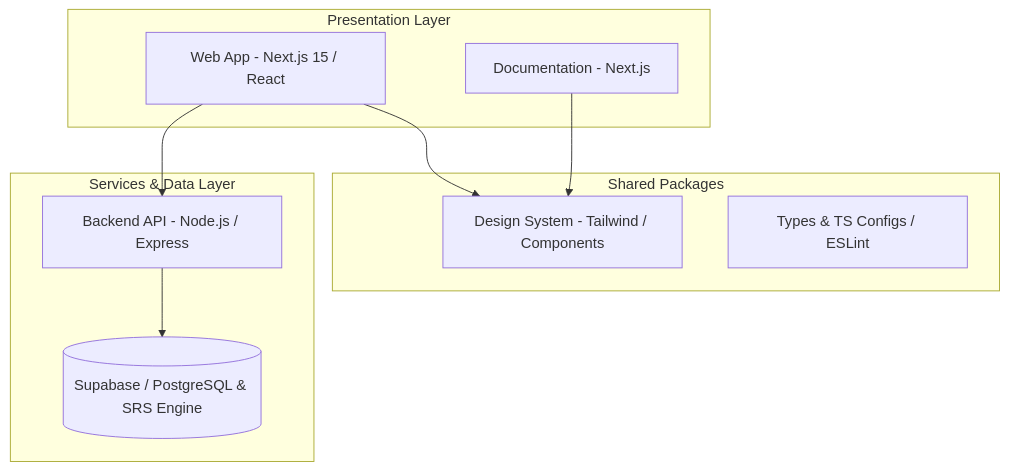
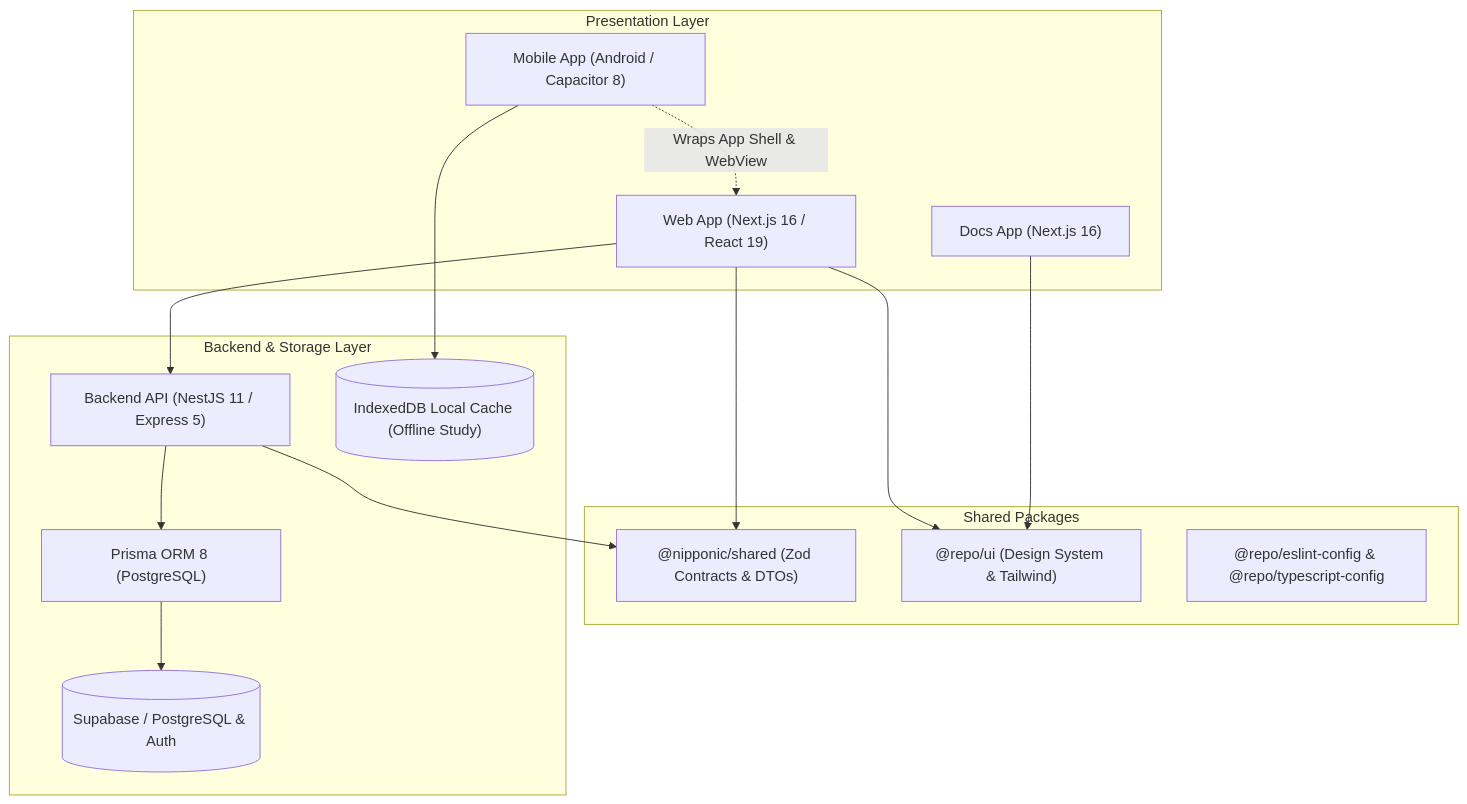
The first of 2 diagrams in README.md (WeltonSantosFr/nipponic), drawn with Mermaid before and after one commit. The commit also changed other lines of this file, not shown here.

Commit message:
docs: revise and rewrite README with Capacitor mobile support, offline features, and updated stack

````diff
--- a/README.md
+++ b/README.md
@@ -41,22 +89,31 @@
 ```mermaid
 graph TD
-    subgraph Client [Presentation Layer]
-        Web[Web App - Next.js 15 / React]
-        Docs[Documentation - Next.js]
+    subgraph Clients [Presentation Layer]
+        Web["Web App (Next.js 16 / React 19)"]
+        Mobile["Mobile App (Android / Capacitor 8)"]
+        Docs["Docs App (Next.js 16)"]
     end
 
     subgraph Core [Shared Packages]
-        UI[Design System - Tailwind / Components]
-        Types[Types & TS Configs / ESLint]
+        Shared["@nipponic/shared (Zod Contracts & DTOs)"]
+        UI["@repo/ui (Design System & Tailwind)"]
+        Config["@repo/eslint-config & @repo/typescript-config"]
     end
 
-    subgraph Server [Services & Data Layer]
-        API[Backend API - Node.js / Express]
-        Supabase[(Supabase / PostgreSQL & SRS Engine)]
+    subgraph Server [Backend & Storage Layer]
+        API["Backend API (NestJS 11 / Express 5)"]
+        Prisma["Prisma ORM 8 (PostgreSQL)"]
+        Supabase[("Supabase / PostgreSQL & Auth")]
+        OfflineDB[("IndexedDB Local Cache (Offline Study)")]
     end
 
+    Web --> Shared
     Web --> UI
+    Mobile -.->|Wraps App Shell & WebView| Web
+    Mobile --> OfflineDB
+    Docs --> UI
+    API --> Shared
+    API --> Prisma
+    Prisma --> Supabase
     Web --> API
-    Docs --> UI
-    API --> Supabase
 ```
````
